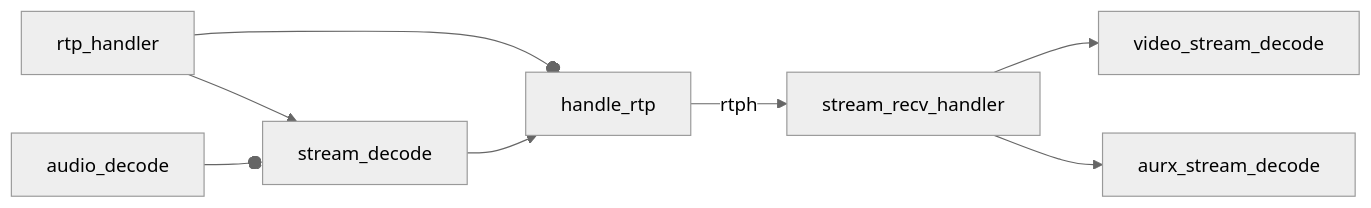
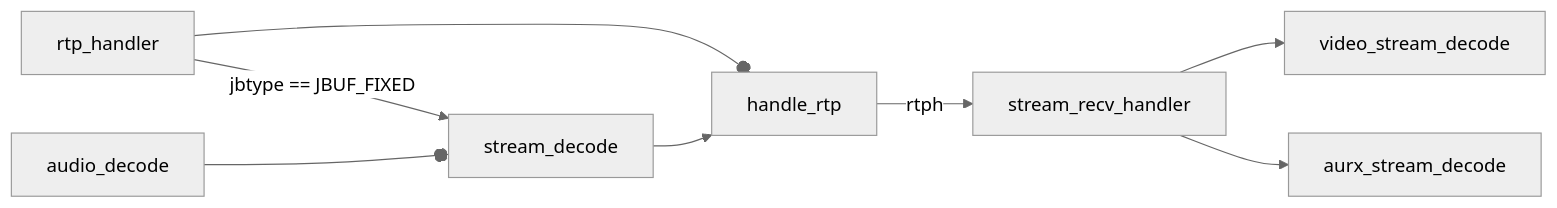
One commit to lankahsu520/HelperX changed the fourth of 18 diagrams in helper_baresip.md. Above: the diagram before and after it, drawn with Mermaid (neutral theme).

Commit message:
update helper_baresip.md, 2.1. CALL_STATE_INCOMING

````diff
--- a/helper_baresip.md
+++ b/helper_baresip.md
@@ -69,8 +69,8 @@
 ```mermaid
 flowchart LR
 	rtp_handler --o handle_rtp --> |rtph|stream_recv_handler
 		stream_recv_handler --> video_stream_decode
 		stream_recv_handler --> aurx_stream_decode
-	rtp_handler --> stream_decode -->handle_rtp
+	rtp_handler --> |jbtype == JBUF_FIXED|stream_decode -->handle_rtp
 	audio_decode --o stream_decode
 ```
````
